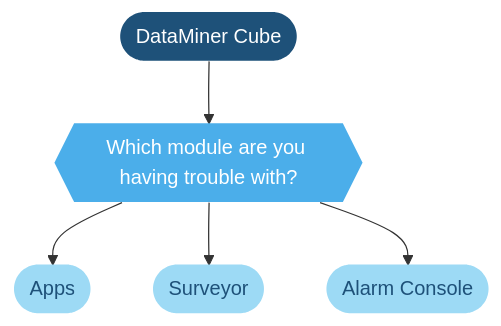
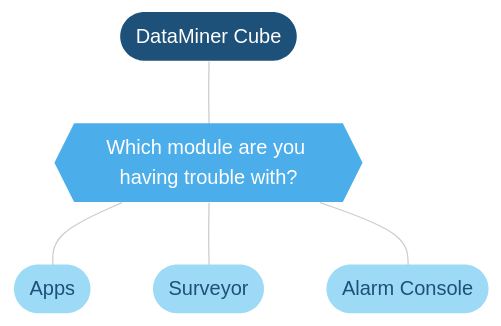
Before and after one commit to SkylineCommunications/dataminer-docs: the diagram in user-guide/Troubleshooting/Troubleshooting_Flowcharts/Troubleshooting_Identify_Per_Module/Troubleshooting_Identify_Per_Module.md, drawn with Mermaid. The commit also changed other lines of this file and 3 other files, not shown here.

Commit message:
Troublehsooting - identify per module

```diff
--- a/user-guide/Troubleshooting/Troubleshooting_Flowcharts/Troubleshooting_Identify_Per_Module/Troubleshooting_Identify_Per_Module.md
+++ b/user-guide/Troubleshooting/Troubleshooting_Flowcharts/Troubleshooting_Identify_Per_Module/Troubleshooting_Identify_Per_Module.md
@@ -12,30 +12,31 @@
 <div class="mermaid">
-graph TD
+flowchart TD
 %% Define styles %%
+linkStyle default stroke:#cccccc
 classDef classTerminal fill:#1e5179,stroke:#1e5179,color:#ffffff,stroke-width:0px;
 classDef classDecision fill:#4baeea,stroke:#4baeea,color:#ffffff,stroke-width:0px;
 classDef classExternalRef fill:#9ddaf5,stroke:#9ddaf5,color:#1E5179,stroke-width:0px;
 classDef classActionClickable fill:#999999,stroke:#999999,color:#ffffff,stroke-width:0px;
 classDef classAction fill:#dddddd,stroke:#dddddd,color:#1E5179,stroke-width:0px;
 classDef classSolution fill:#58595b,stroke:#58595b,color:#ffffff,stroke-width:0px;
 %% Define blocks %%
 START([DataMiner Cube])
 ModuleDefinition{{Which module are you having trouble with? }}
 Apps([Apps])
 Surveyor([Surveyor])
 AlarmConsole([Alarm Console])
 %% Connect blocks %%
-START --> ModuleDefinition
-ModuleDefinition --> Apps
-ModuleDefinition --> Surveyor
-ModuleDefinition --> AlarmConsole
+START --- ModuleDefinition
+ModuleDefinition --- Apps
+ModuleDefinition --- Surveyor
+ModuleDefinition --- AlarmConsole
 %% Define hyperlinks %%
-click Apps "https://community.dataminer.services/troubleshooting-apps/" "Apps"
-click Surveyor "https://community.dataminer.services/troubleshooting-surveyor/" "Surveyor"
-click AlarmConsole "https://community.dataminer.services/troubleshooting-alarm-console/" "Alarm Console"
-%% Apply styles to blocks %% 
-class START classTerminal; 
+click Apps "https://docs.dataminer.services/user-guide/Troubleshooting/Troubleshooting_Flowcharts/Troubleshooting_Identify_Per_Module/Apps/Troubleshooting_Apps.html" "Apps"
+click Surveyor "https://docs.dataminer.services/user-guide/Troubleshooting/Troubleshooting_Flowcharts/Troubleshooting_Identify_Per_Module/Surveyor/Troubleshooting_Surveyor.html/" "Surveyor"
+click AlarmConsole "https://docs.dataminer.services/user-guide/Troubleshooting/Troubleshooting_Flowcharts/Troubleshooting_Identify_Per_Module/Alarm_Console/Troubleshooting_Alarm_Console.html" "Alarm Console"
+%% Apply styles to blocks %%
+class START classTerminal;
 class AlarmConsole,Surveyor,Apps classExternalRef;
-%%class classActionClickable; 
+%%class classActionClickable;
 class ModuleDefinition classDecision;
 </div>
```
